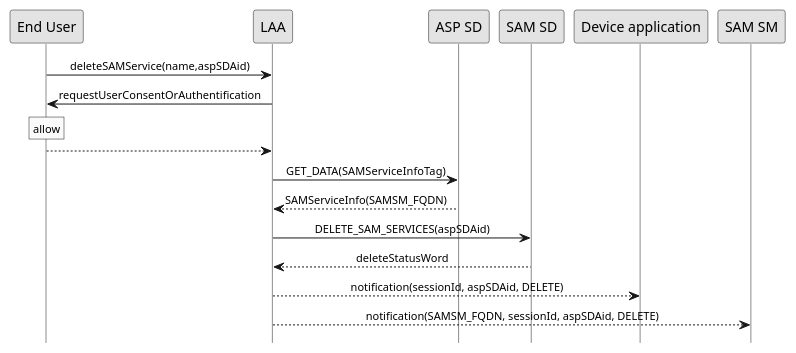
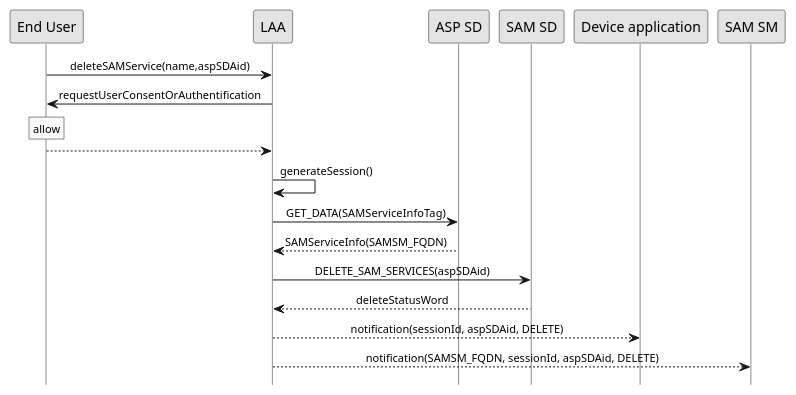
The diagram in doc/uml/delete-laa.pu (gaelrgerard/laa), drawn with PlantUML before and after one commit. The commit also changed 1 other file, not shown here.

Commit message:
version potable LAA

```diff
--- a/doc/uml/delete-laa.pu
+++ b/doc/uml/delete-laa.pu
@@ -2,27 +2,29 @@
 @startuml
  
 hide footbox
 skinparam sequenceMessageAlign center
 skinparam sequenceArrowFontSize 11
 skinparam noteFontSize 11
 skinparam monochrome true
 skinparam lifelinestrategy solid
  
 "End User" -> "LAA" : deleteSAMService(name,aspSDAid)
 
  
 LAA -> "End User" : requestUserConsentOrAuthentification
 rnote over "End User": allow
 LAA <-- "End User"
 
+LAA -> LAA : generateSession()
+
 LAA -> "ASP SD" : GET_DATA(SAMServiceInfoTag)
 "ASP SD" --> LAA : SAMServiceInfo(SAMSM_FQDN)  
 
 "LAA" -> "SAM SD" : DELETE_SAM_SERVICES(aspSDAid) 
 "SAM SD" --> LAA : deleteStatusWord
 
  
 LAA --> "Device application" : notification(sessionId, aspSDAid, DELETE)
  
 LAA --> "SAM SM" : notification(SAMSM_FQDN, sessionId, aspSDAid, DELETE)
 @enduml
```
